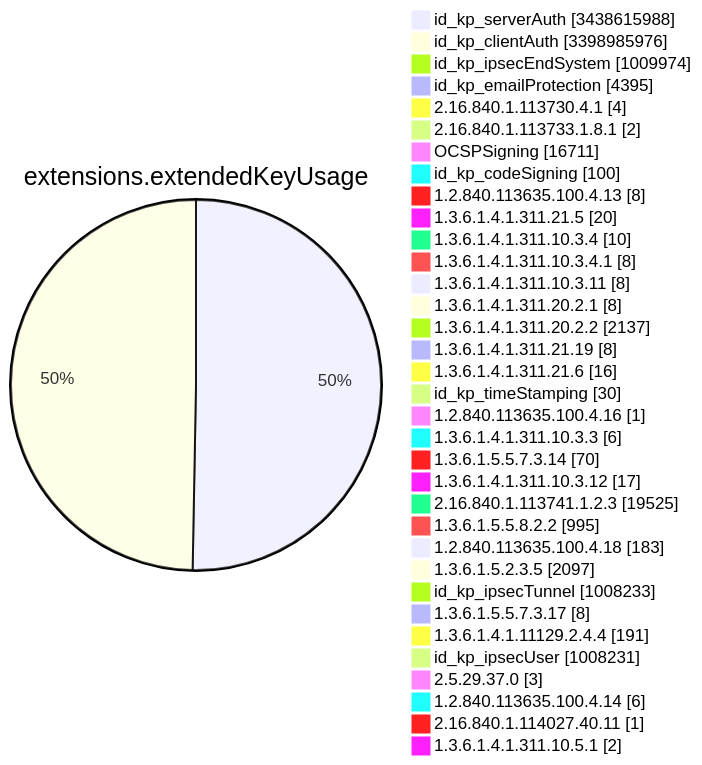
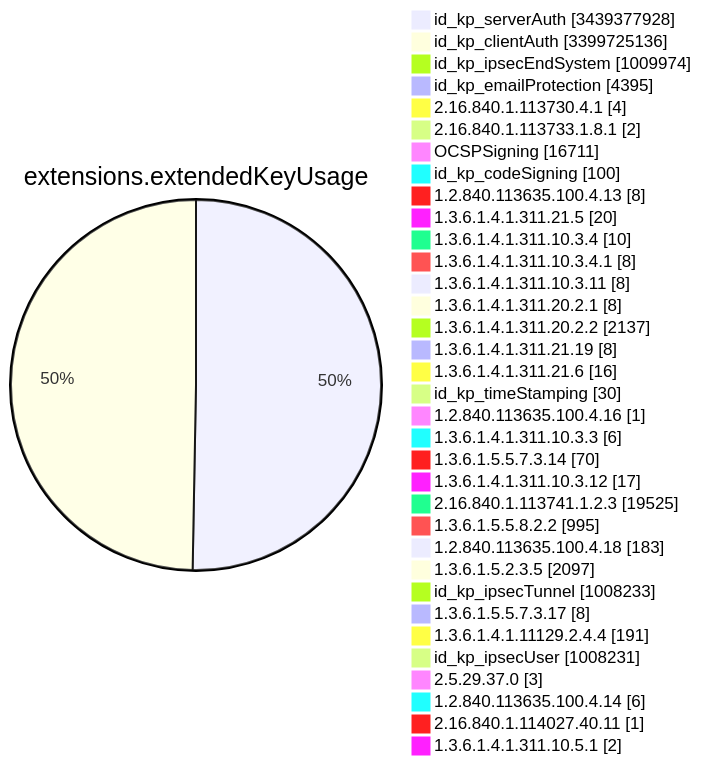
One commit to christiankrug/ctmonitor_visualization changed diagram 11 of 15 in TOTAL/README.md. Above: the diagram before and after it, drawn with Mermaid. The commit also changed other lines of this file, not shown here.

````diff
--- a/TOTAL/README.md
+++ b/TOTAL/README.md
@@ -4123,38 +4123,38 @@
 ```mermaid
 pie showData
 title extensions.extendedKeyUsage
-"id_kp_serverAuth" :3438615988
-"id_kp_clientAuth" :3398985976
+"id_kp_serverAuth" :3439377928
+"id_kp_clientAuth" :3399725136
 "id_kp_ipsecEndSystem" :1009974
 "id_kp_emailProtection" :4395
 "2.16.840.1.113730.4.1" :4
 "2.16.840.1.113733.1.8.1" :2
 "OCSPSigning" :16711
 "id_kp_codeSigning" :100
 "1.2.840.113635.100.4.13" :8
 "1.3.6.1.4.1.311.21.5" :20
 "1.3.6.1.4.1.311.10.3.4" :10
 "1.3.6.1.4.1.311.10.3.4.1" :8
 "1.3.6.1.4.1.311.10.3.11" :8
 "1.3.6.1.4.1.311.20.2.1" :8
 "1.3.6.1.4.1.311.20.2.2" :2137
 "1.3.6.1.4.1.311.21.19" :8
 "1.3.6.1.4.1.311.21.6" :16
 "id_kp_timeStamping" :30
 "1.2.840.113635.100.4.16" :1
 "1.3.6.1.4.1.311.10.3.3" :6
 "1.3.6.1.5.5.7.3.14" :70
 "1.3.6.1.4.1.311.10.3.12" :17
 "2.16.840.1.113741.1.2.3" :19525
 "1.3.6.1.5.5.8.2.2" :995
 "1.2.840.113635.100.4.18" :183
 "1.3.6.1.5.2.3.5" :2097
 "id_kp_ipsecTunnel" :1008233
 "1.3.6.1.5.5.7.3.17" :8
 "1.3.6.1.4.1.11129.2.4.4" :191
 "id_kp_ipsecUser" :1008231
 "2.5.29.37.0" :3
 "1.2.840.113635.100.4.14" :6
 "2.16.840.1.114027.40.11" :1
 "1.3.6.1.4.1.311.10.5.1" :2
 ```
````
